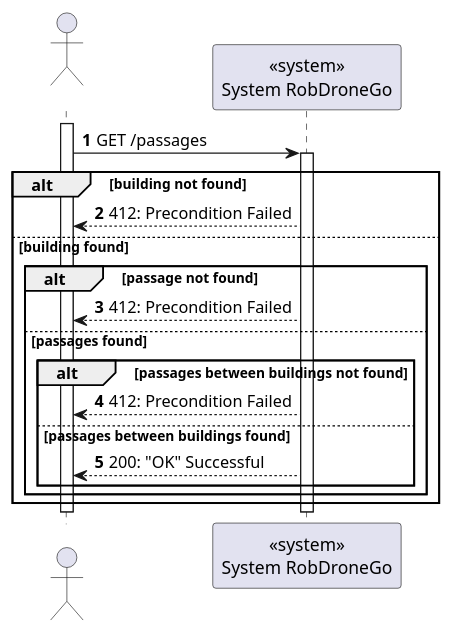
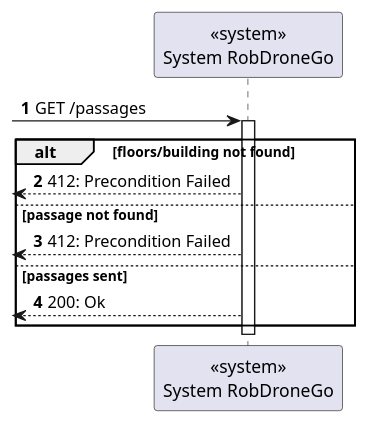
One commit to Departamento-de-Engenharia-Informatica/lapr5-23-24-g19 changed the diagram in docs/us260/level1/process-view.puml. Above: the diagram before and after it, drawn with PlantUML. The commit also changed 7 other files, not shown here.

```diff
--- a/docs/us260/level1/process-view.puml
+++ b/docs/us260/level1/process-view.puml
@@ -1,31 +1,18 @@
 @startuml
 autonumber
 
-actor " " as actor
 participant "<<system>>\nSystem RobDroneGo" as sys
 
+[-> sys : GET /passages
 
-activate actor
-actor -> sys: GET /passages
-
-    activate sys
-        alt building not found
-            sys --> actor : 412: Precondition Failed
-        else building found
-            alt passage not found
-                actor <-- sys : 412: Precondition Failed
-            else passages found
-                alt passages between buildings not found
-                    actor <-- sys : 412: Precondition Failed
-                else passages between buildings found
-
-                    actor <-- sys : 200: "OK" Successful
-                end
-            end
-        end
-
-
+activate sys
+    alt floors/building not found
+        [<-- sys : 412: Precondition Failed
+    else passage not found
+        [<-- sys : 412: Precondition Failed
+    else passages sent
+        [<-- sys : 200: Ok
+    end
 deactivate sys
-deactivate actor
 
 @enduml
```
